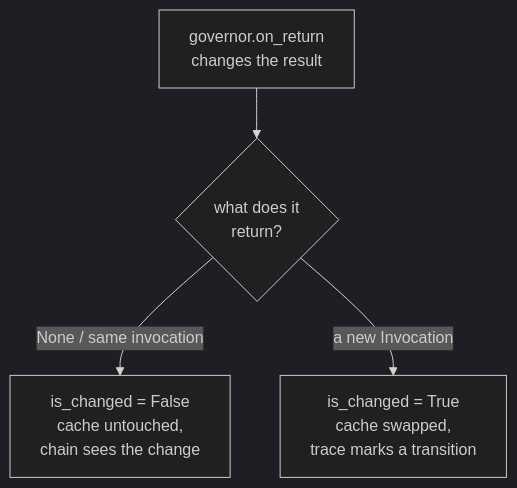
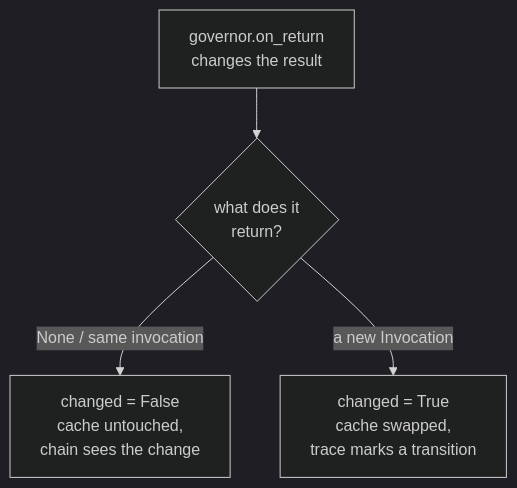
Before and after one commit to tokeo/fundi: the third of 3 diagrams in tokeo/core/ai/GOVERNORS.md, drawn with Mermaid (dark theme). The commit also changed other lines of this file and 6 other files, not shown here.

````diff
--- a/tokeo/core/ai/GOVERNORS.md
+++ b/tokeo/core/ai/GOVERNORS.md
@@ -136,6 +136,6 @@
 ```mermaid
 flowchart TD
     Gov["governor.on_return<br/>changes the result"] --> Choice{"what does it<br/>return?"}
-    Choice -->|"None / same invocation"| InPlace["is_changed = False<br/>cache untouched,<br/>chain sees the change"]
-    Choice -->|"a new Invocation"| New["is_changed = True<br/>cache swapped,<br/>trace marks a transition"]
+    Choice -->|"None / same invocation"| InPlace["changed = False<br/>cache untouched,<br/>chain sees the change"]
+    Choice -->|"a new Invocation"| New["changed = True<br/>cache swapped,<br/>trace marks a transition"]
 ```
````
